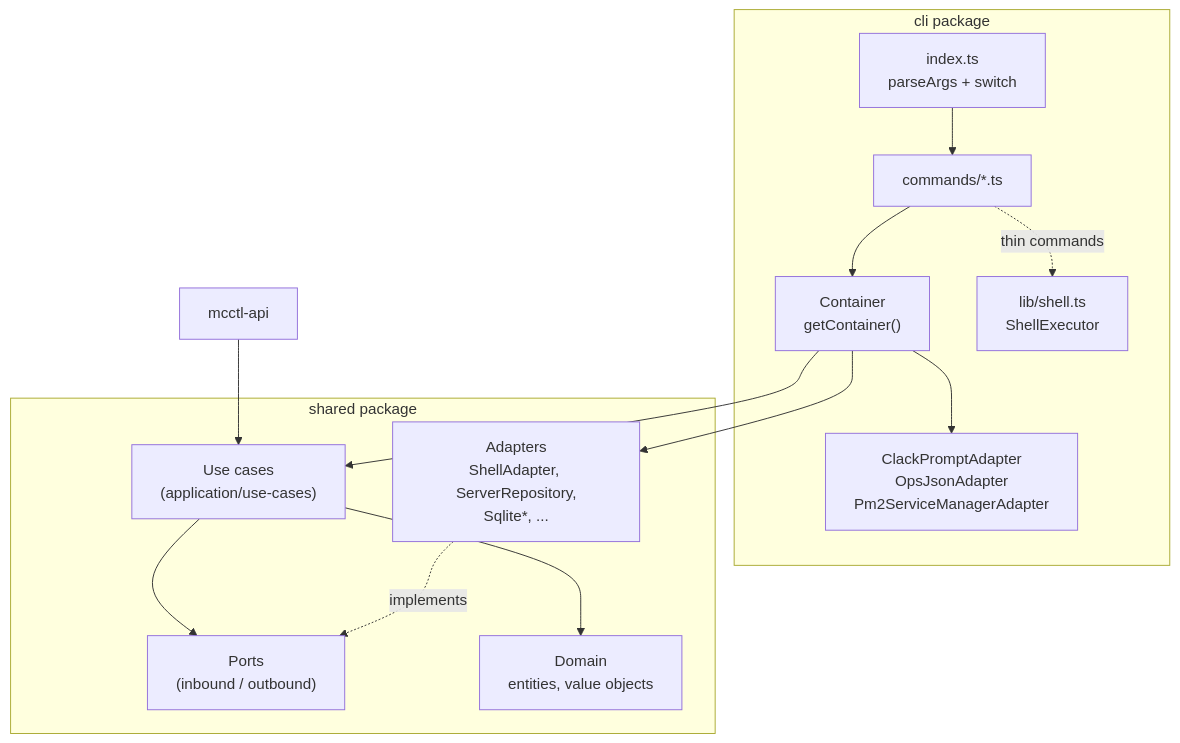
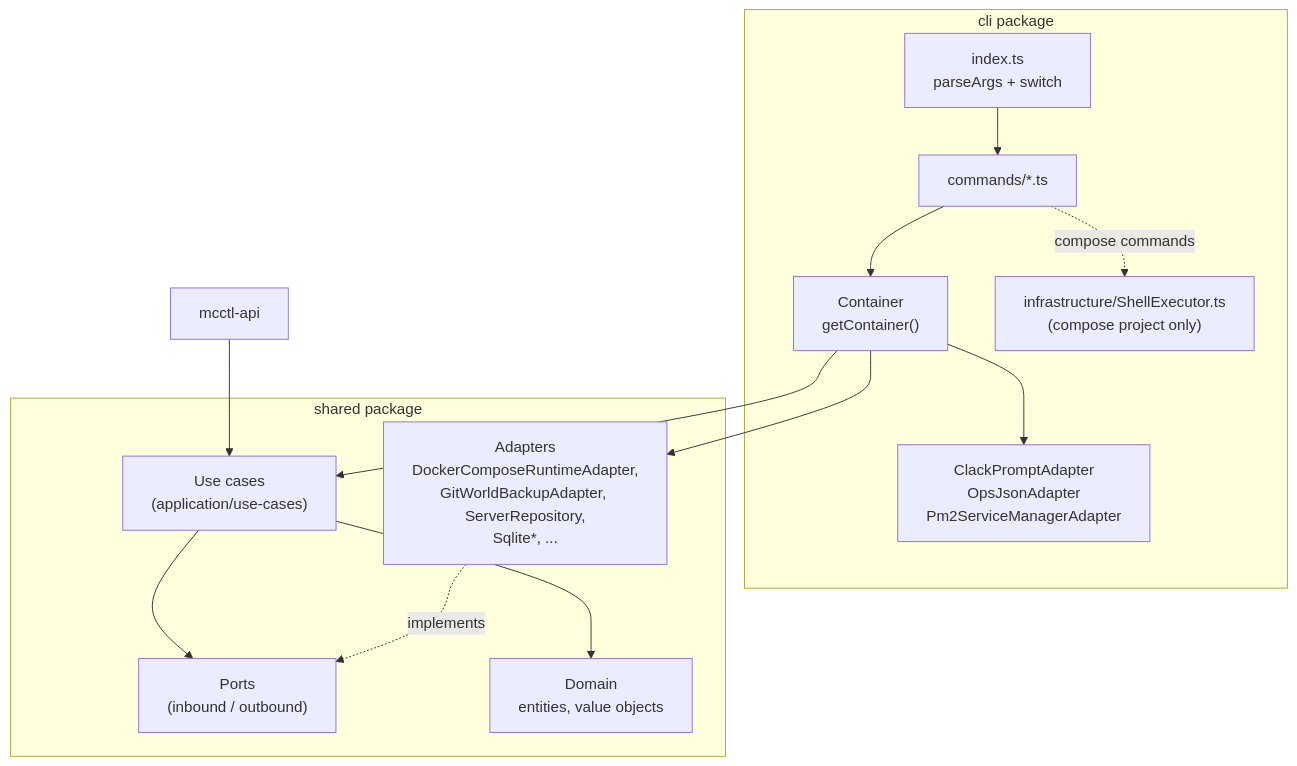
The diagram in docs/development/cli-architecture.ko.md (smallmiro/minecraft-server-manager), drawn with Mermaid before and after one commit. The commit also changed other lines of this file and 5 other files, not shown here.

````diff
--- a/docs/development/cli-architecture.ko.md
+++ b/docs/development/cli-architecture.ko.md
@@ -40,18 +41,18 @@
 ```mermaid
 flowchart TB
     subgraph CLI["cli package"]
         IDX["index.ts<br/>parseArgs + switch"] --> CMD["commands/*.ts"]
         CMD --> DI["Container<br/>getContainer()"]
-        CMD -.thin commands.-> SH["lib/shell.ts<br/>ShellExecutor"]
+        CMD -.compose commands.-> SH["infrastructure/ShellExecutor.ts<br/>(compose project only)"]
         CLIAD["ClackPromptAdapter<br/>OpsJsonAdapter<br/>Pm2ServiceManagerAdapter"]
     end
     subgraph SHARED["shared package"]
         UC["Use cases<br/>(application/use-cases)"] --> PORTS["Ports<br/>(inbound / outbound)"]
-        ADP["Adapters<br/>ShellAdapter, ServerRepository,<br/>Sqlite*, ..."] -.implements.-> PORTS
+        ADP["Adapters<br/>DockerComposeRuntimeAdapter,<br/>GitWorldBackupAdapter, ServerRepository,<br/>Sqlite*, ..."] -.implements.-> PORTS
         UC --> DOM["Domain<br/>entities, value objects"]
     end
     API["mcctl-api"] --> UC
     DI --> UC
     DI --> ADP
     DI --> CLIAD
 ```
````
